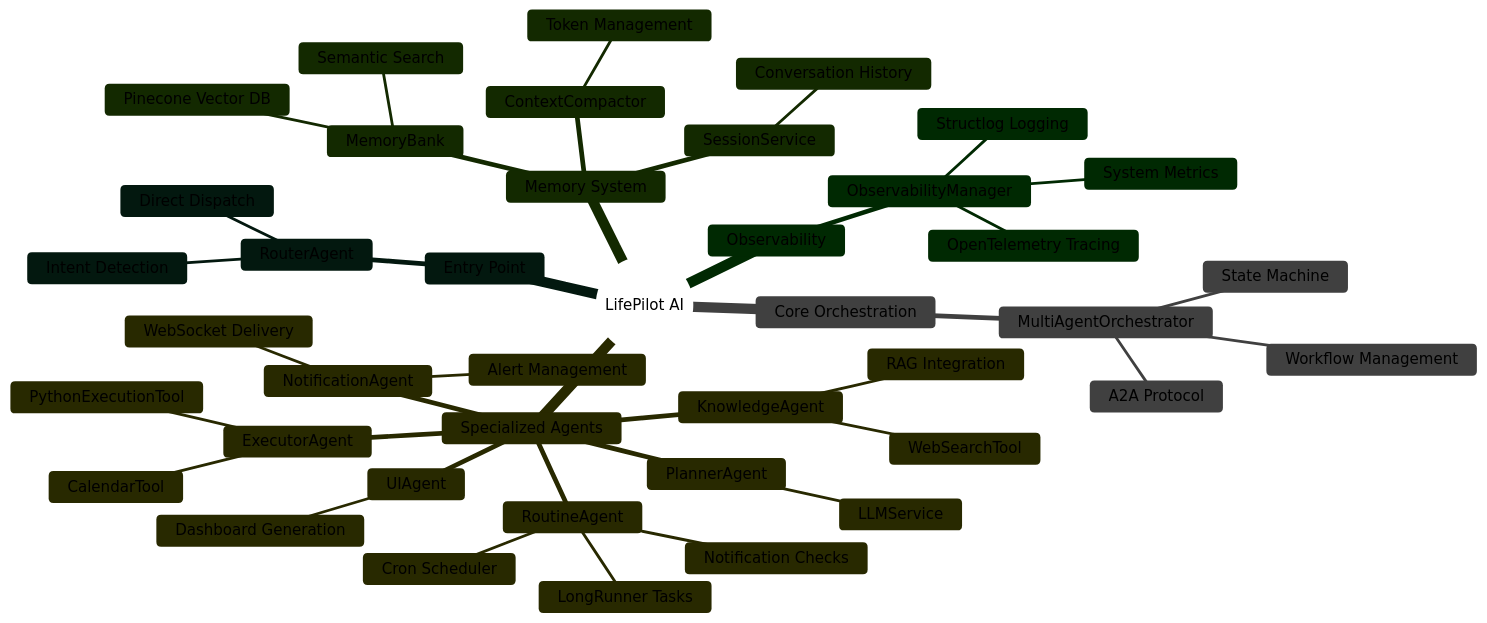
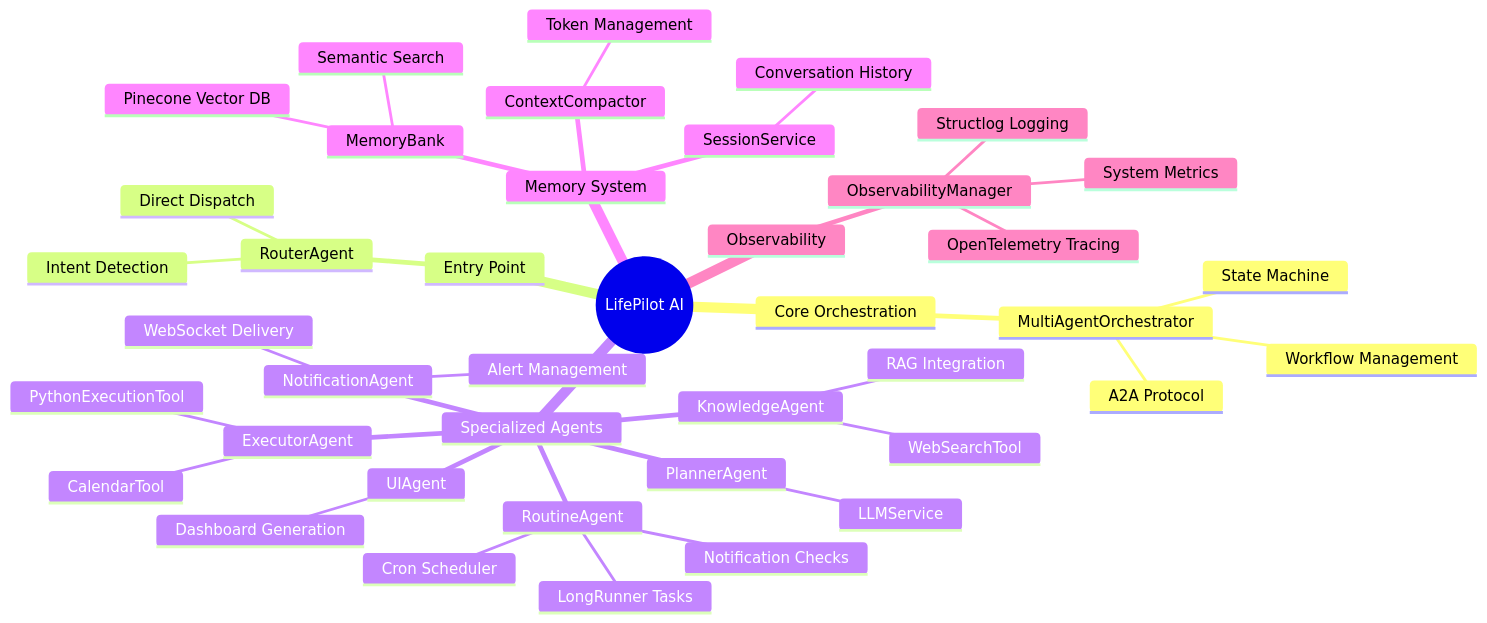
Before and after one commit to JayChauhan3/lifepilot: the second of 2 diagrams in README.md, drawn with Mermaid.

````diff
--- a/README.md
+++ b/README.md
@@ -137,61 +137,58 @@
 ```mermaid
-%%{init: {'theme': 'base', 'themeVariables': {
-  'primaryColor': '#FED7AA',
-  'primaryTextColor': '#000',
-  'primaryBorderColor': '#F97316',
-  'secondaryColor': '#FFFFFF',
-  'secondaryTextColor': '#000',
-  'secondaryBorderColor': '#94A3B8',
-  'tertiaryColor': '#A7F3D0',
-  'tertiaryTextColor': '#000',
-  'tertiaryBorderColor': '#10B981',
-  'noteBkgColor': '#BAE6FD',
-  'noteTextColor': '#000',
-  'noteBorderColor': '#0EA5E9',
-  'lineColor': '#64748B',
-  'fontSize': '16px',
-  'darkMode': 'false'
+%%{init: {'theme': 'default', 'themeVariables': {
+  'primaryColor': '#FFE4B5',
+  'primaryTextColor': '#1a1a1a',
+  'primaryBorderColor': '#FF8C00',
+  'secondaryColor': '#F8F9FA',
+  'secondaryTextColor': '#1a1a1a',
+  'secondaryBorderColor': '#6C757D',
+  'tertiaryColor': '#C7F9CC',
+  'tertiaryTextColor': '#1a1a1a',
+  'tertiaryBorderColor': '#28A745',
+  'noteBkgColor': '#D0EFFF',
+  'noteTextColor': '#1a1a1a',
+  'noteBorderColor': '#17A2B8'
 }}}%%
 mindmap
   root((LifePilot AI))
     Core Orchestration
       MultiAgentOrchestrator
         Workflow Management
         State Machine
         A2A Protocol
     Entry Point
       RouterAgent
         Intent Detection
         Direct Dispatch
     Specialized Agents
       PlannerAgent
         LLMService
       ExecutorAgent
         CalendarTool
         PythonExecutionTool
       KnowledgeAgent
         WebSearchTool
         RAG Integration
       NotificationAgent
         Alert Management
         WebSocket Delivery
       RoutineAgent
         Cron Scheduler
         LongRunner Tasks
         Notification Checks
       UIAgent
         Dashboard Generation
     Memory System
       MemoryBank
         Pinecone Vector DB
         Semantic Search
       SessionService
         Conversation History
       ContextCompactor
         Token Management
     Observability
       ObservabilityManager
         OpenTelemetry Tracing
         Structlog Logging
         System Metrics
 ```
````
